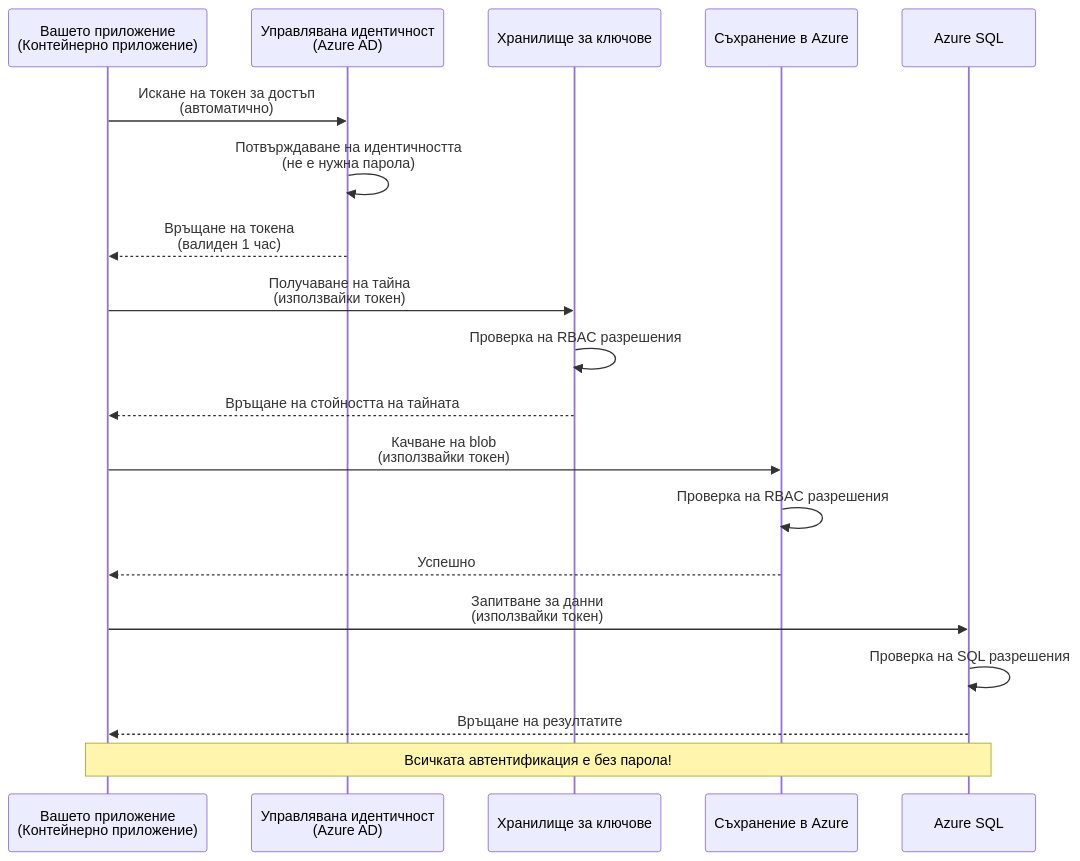
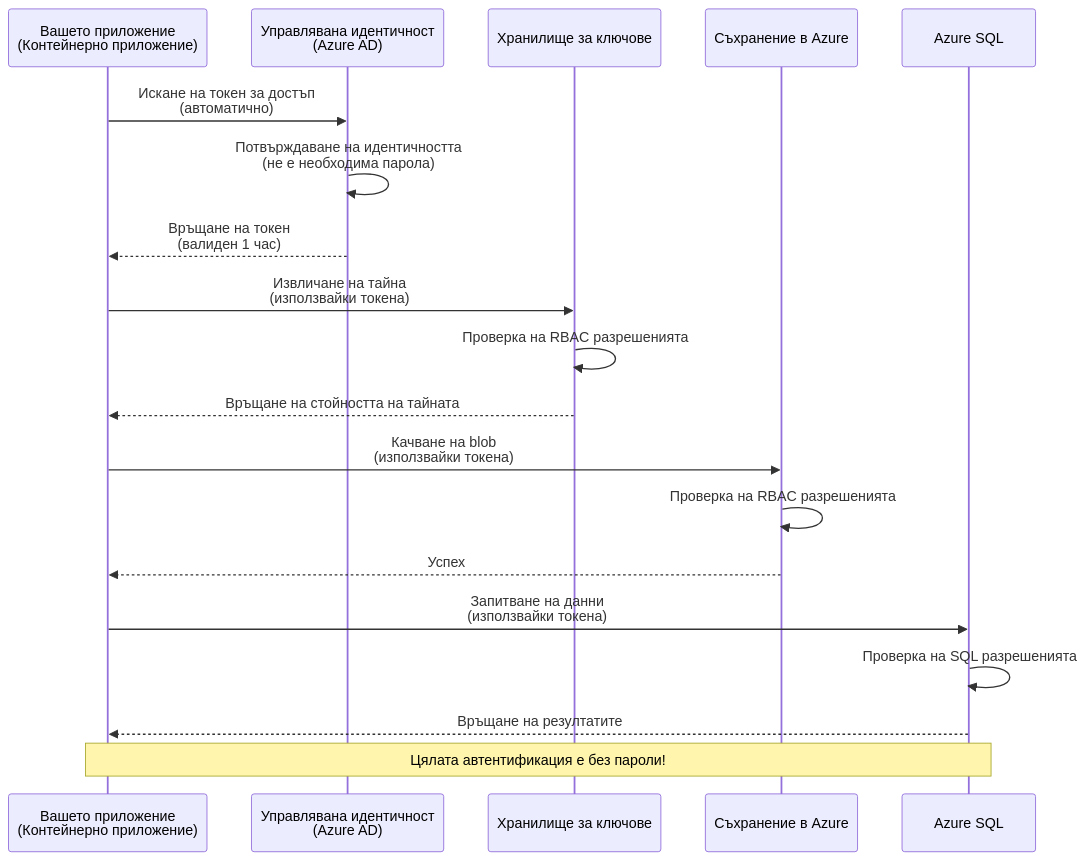
The first of 2 diagrams in translations/bg/docs/chapter-03-configuration/authsecurity.md (microsoft/AZD-for-beginners), drawn with Mermaid before and after one commit. The commit also changed other lines of this file and 101 other files, not shown here.

````diff
--- a/translations/bg/docs/chapter-03-configuration/authsecurity.md
+++ b/translations/bg/docs/chapter-03-configuration/authsecurity.md
@@ -69,26 +69,26 @@
 ```mermaid
 sequenceDiagram
     participant App as Вашето приложение<br/>(Контейнерно приложение)
     participant MI as Управлявана идентичност<br/>(Azure AD)
     participant KV as Хранилище за ключове
     participant Storage as Съхранение в Azure
     participant DB as Azure SQL
     
     App->>MI: Искане на токен за достъп<br/>(автоматично)
-    MI->>MI: Потвърждаване на идентичността<br/>(не е нужна парола)
-    MI-->>App: Връщане на токена<br/>(валиден 1 час)
+    MI->>MI: Потвърждаване на идентичността<br/>(не е необходима парола)
+    MI-->>App: Връщане на токен<br/>(валиден 1 час)
     
-    App->>KV: Получаване на тайна<br/>(използвайки токен)
-    KV->>KV: Проверка на RBAC разрешения
+    App->>KV: Извличане на тайна<br/>(използвайки токена)
+    KV->>KV: Проверка на RBAC разрешенията
     KV-->>App: Връщане на стойността на тайната
     
-    App->>Storage: Качване на blob<br/>(използвайки токен)
-    Storage->>Storage: Проверка на RBAC разрешения
-    Storage-->>App: Успешно
+    App->>Storage: Качване на blob<br/>(използвайки токена)
+    Storage->>Storage: Проверка на RBAC разрешенията
+    Storage-->>App: Успех
     
-    App->>DB: Запитване за данни<br/>(използвайки токен)
-    DB->>DB: Проверка на SQL разрешения
+    App->>DB: Запитване на данни<br/>(използвайки токена)
+    DB->>DB: Проверка на SQL разрешенията
     DB-->>App: Връщане на резултатите
     
-    Note over App,DB: Всичката автентификация е без парола!
+    Note over App,DB: Цялата автентификация е без пароли!
 ```
````
